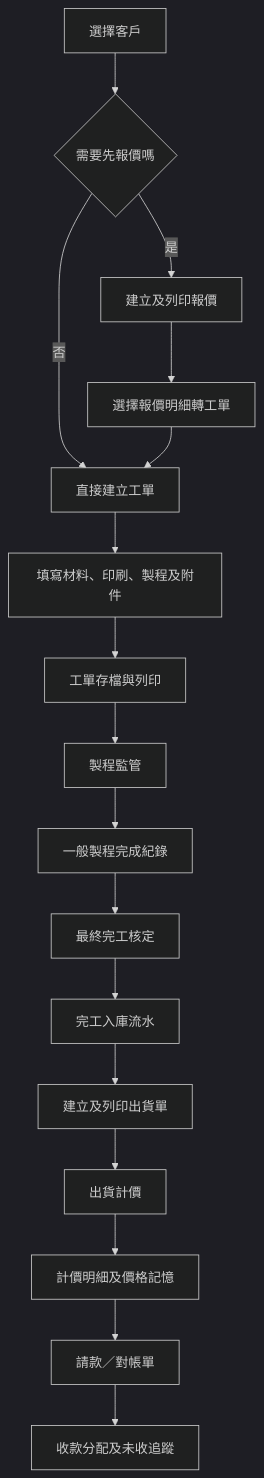
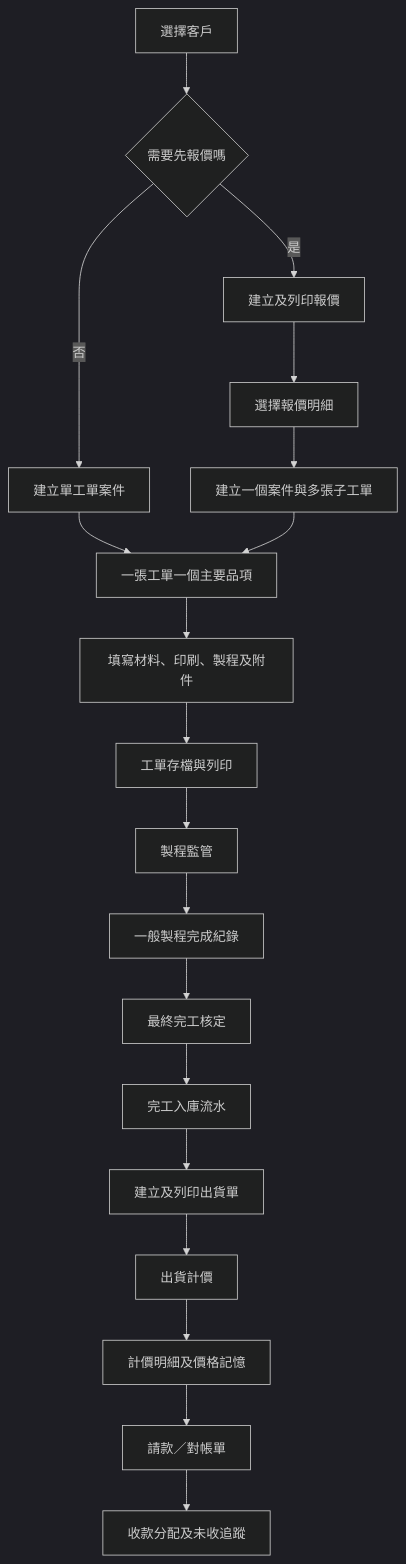
One commit to kk98033/company-operations-system changed the first of 4 diagrams in 02_最終系統架構.md. Above: the diagram before and after it, drawn with Mermaid (dark theme). The commit also changed other lines of this file and 21 other files, not shown here.

````diff
--- a/02_最終系統架構.md
+++ b/02_最終系統架構.md
@@ -57,19 +57,21 @@
 ```mermaid
 flowchart TD
     A[選擇客戶] --> B{需要先報價嗎}
-    B -->|否| D[直接建立工單]
+    B -->|否| C3[建立單工單案件]
     B -->|是| C[建立及列印報價]
-    C --> C2[選擇報價明細轉工單]
-    C2 --> D
+    C --> C2[選擇報價明細]
+    C2 --> C4[建立一個案件與多張子工單]
+    C3 --> D[一張工單一個主要品項]
+    C4 --> D
     D --> E[填寫材料、印刷、製程及附件]
     E --> F[工單存檔與列印]
     F --> G[製程監管]
     G --> H[一般製程完成紀錄]
     H --> I[最終完工核定]
     I --> J[完工入庫流水]
     J --> K[建立及列印出貨單]
     K --> L[出貨計價]
     L --> M[計價明細及價格記憶]
     M --> N[請款／對帳單]
     N --> O[收款分配及未收追蹤]
 ```
````
